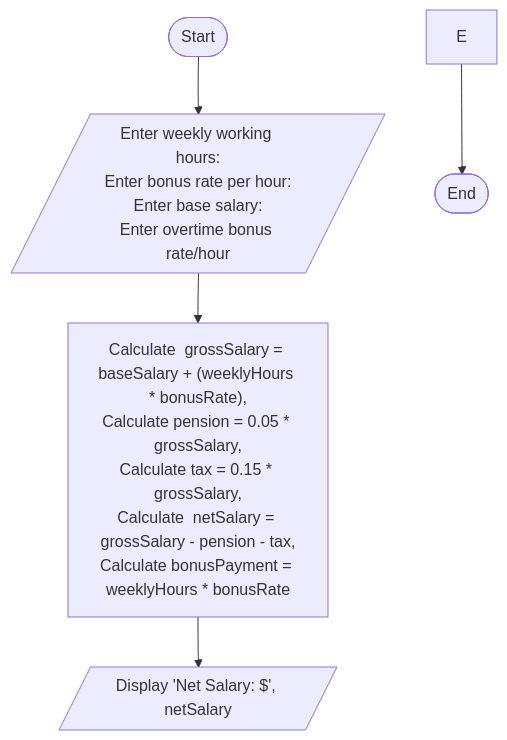
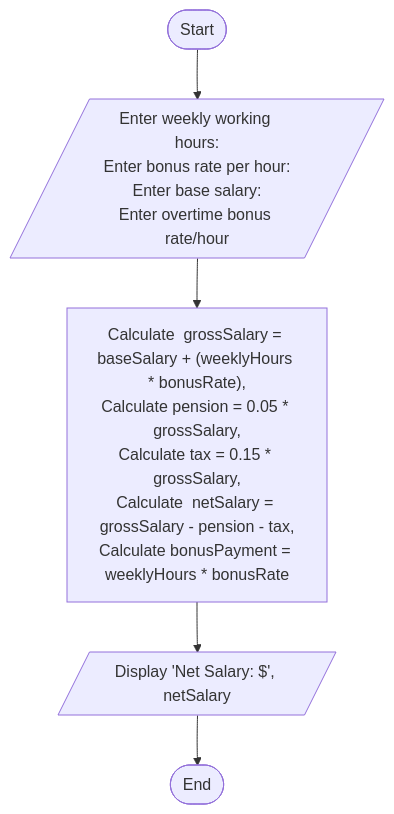
One commit to SWEG-2015EC-Batch/Felix changed the diagram in ETS1071_15_NATNAEL_ASFAW/Activity 3.1/Salary_calculator/salary_calculator.md. Above: the diagram before and after it, drawn with Mermaid.

````diff
--- a/ETS1071_15_NATNAEL_ASFAW/Activity 3.1/Salary_calculator/salary_calculator.md
+++ b/ETS1071_15_NATNAEL_ASFAW/Activity 3.1/Salary_calculator/salary_calculator.md
@@ -39,16 +39,16 @@
 ```mermaid
 graph TD;
 
 A([Start]) --> B[/"
 Enter weekly working hours:
 Enter bonus rate per hour:
 Enter base salary:
 Enter overtime bonus rate/hour"/];
 B--> C["Calculate  grossSalary = baseSalary + (weeklyHours * bonusRate),
 Calculate pension = 0.05 * grossSalary,
 Calculate tax = 0.15 * grossSalary,
 Calculate  netSalary = grossSalary - pension - tax,
 Calculate bonusPayment = weeklyHours * bonusRate"];
 C--> D[/" Display 'Net Salary: $', netSalary"/];
-E-->F([End]);
+D-->F([End]);
 ```
````
